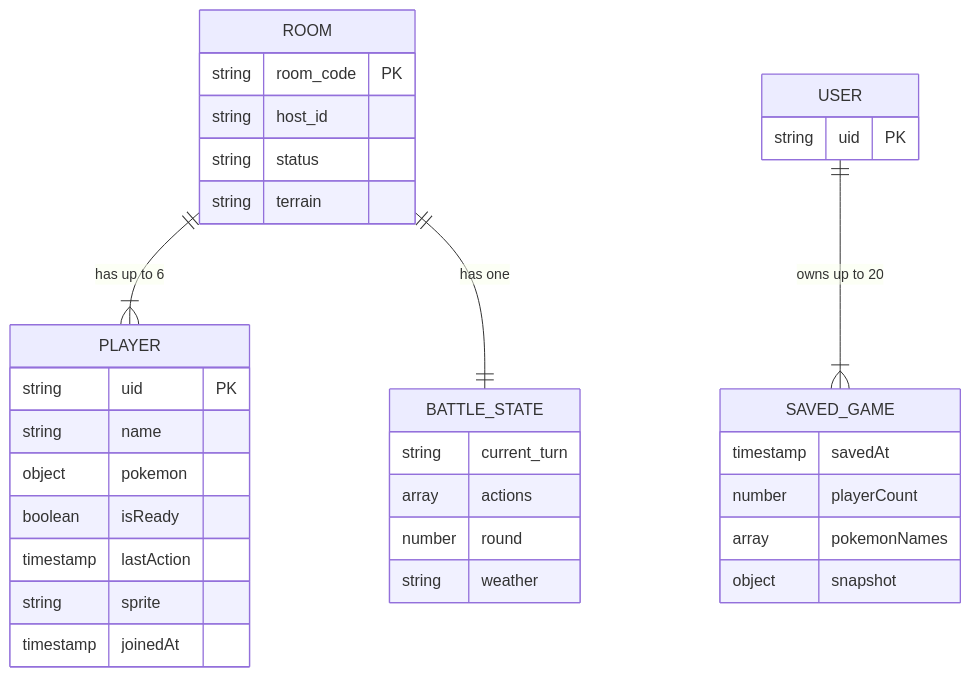
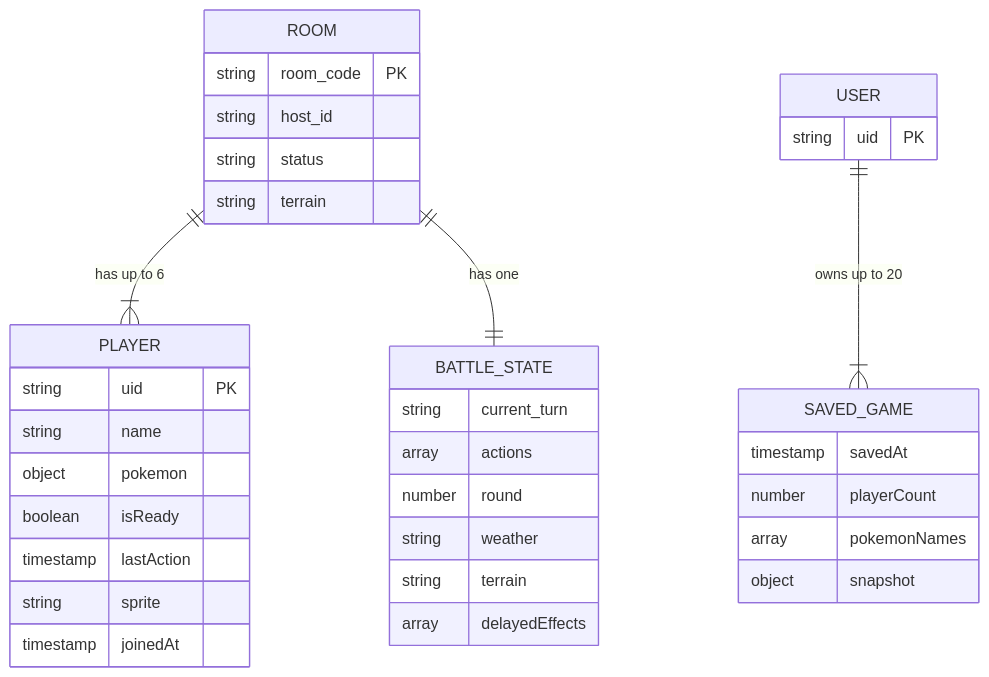
One commit to Sapeksh2001/Pokemon-Battle-Arena changed the second of 4 diagrams in docs/BACKEND_STRUCTURE.md. Above: the diagram before and after it, drawn with Mermaid. The commit also changed 4 other files, not shown here.

````diff
--- a/docs/BACKEND_STRUCTURE.md
+++ b/docs/BACKEND_STRUCTURE.md
@@ -50,37 +50,39 @@
 ```mermaid
 erDiagram
     ROOM {
         string room_code PK
         string host_id
         string status
         string terrain
     }
     PLAYER {
         string uid PK
         string name
         object pokemon
         boolean isReady
         timestamp lastAction
         string sprite
         timestamp joinedAt
     }
     BATTLE_STATE {
         string current_turn
         array actions
         number round
         string weather
+        string terrain
+        array delayedEffects
     }
     SAVED_GAME {
         timestamp savedAt
         number playerCount
         array pokemonNames
         object snapshot
     }
     USER {
         string uid PK
     }
 
     ROOM ||--|{ PLAYER : "has up to 6"
     ROOM ||--|| BATTLE_STATE : "has one"
     USER ||--|{ SAVED_GAME : "owns up to 20"
 ```
````
